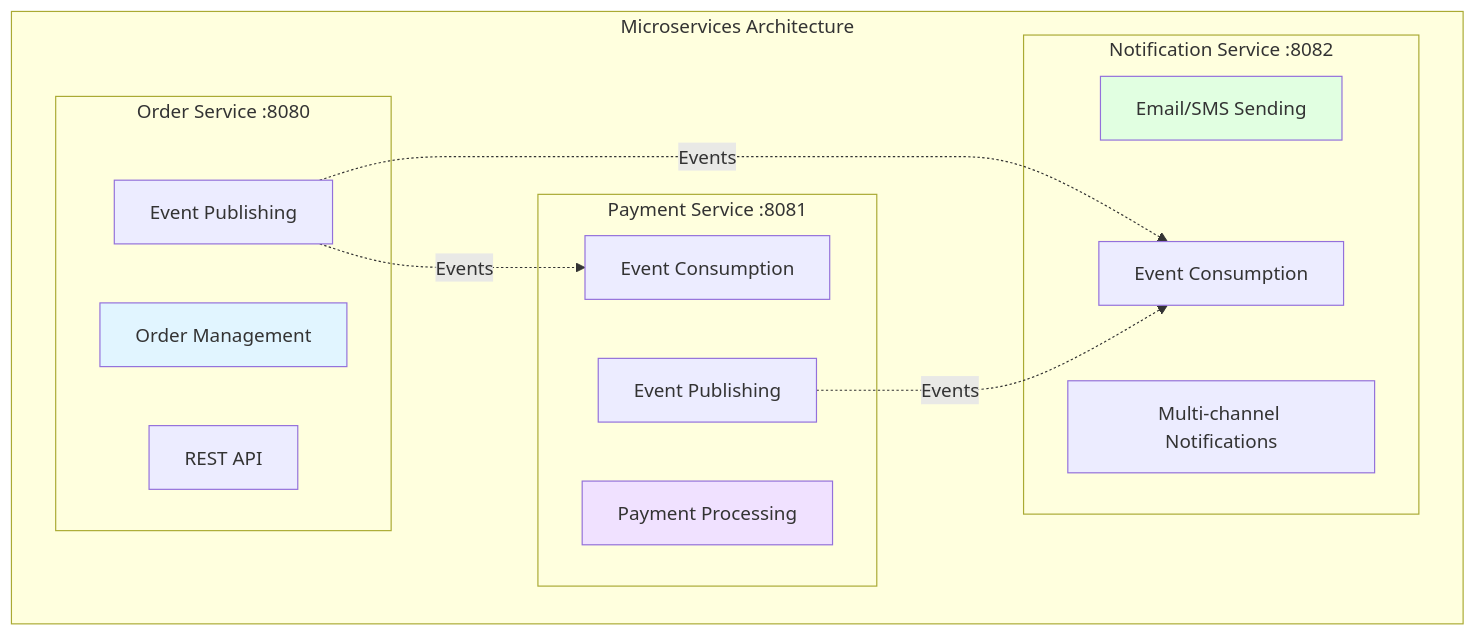
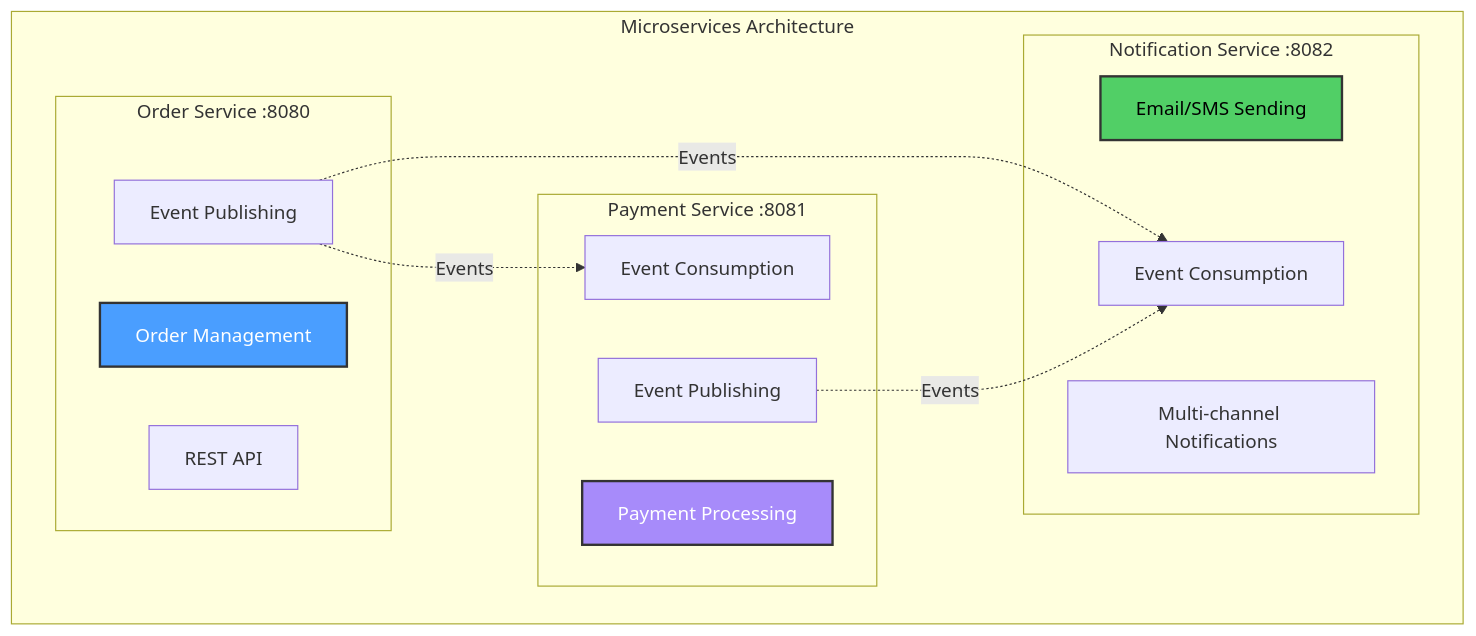
One commit to elewashy/Tanta-University changed the seventh of 17 diagrams in Level_3/Semester_1/Distributed_Systems/Project/System_Architecture_in_Distributed_Systems/docs/ARCHITECTURE.md. Above: the diagram before and after it, drawn with Mermaid. The commit also changed other lines of this file and 4 other files, not shown here.

````diff
--- a/Level_3/Semester_1/Distributed_Systems/Project/System_Architecture_in_Distributed_Systems/docs/ARCHITECTURE.md
+++ b/Level_3/Semester_1/Distributed_Systems/Project/System_Architecture_in_Distributed_Systems/docs/ARCHITECTURE.md
@@ -271,30 +271,30 @@
 ```mermaid
 graph TB
     subgraph "Microservices Architecture"
         subgraph "Order Service :8080"
             O1[Order Management]
             O2[REST API]
             O3[Event Publishing]
         end
         
         subgraph "Payment Service :8081"
             P1[Payment Processing]
             P2[Event Consumption]
             P3[Event Publishing]
         end
         
         subgraph "Notification Service :8082"
             N1[Email/SMS Sending]
             N2[Event Consumption]
             N3[Multi-channel Notifications]
         end
     end
     
     O3 -.->|Events| P2
     O3 -.->|Events| N2
     P3 -.->|Events| N2
     
-    style O1 fill:#e1f5ff
-    style P1 fill:#f0e1ff
-    style N1 fill:#e1ffe1
+    style O1 fill:#4a9eff,stroke:#333,stroke-width:2px,color:#fff
+    style P1 fill:#a78bfa,stroke:#333,stroke-width:2px,color:#fff
+    style N1 fill:#51cf66,stroke:#333,stroke-width:2px,color:#000
 ```
````
